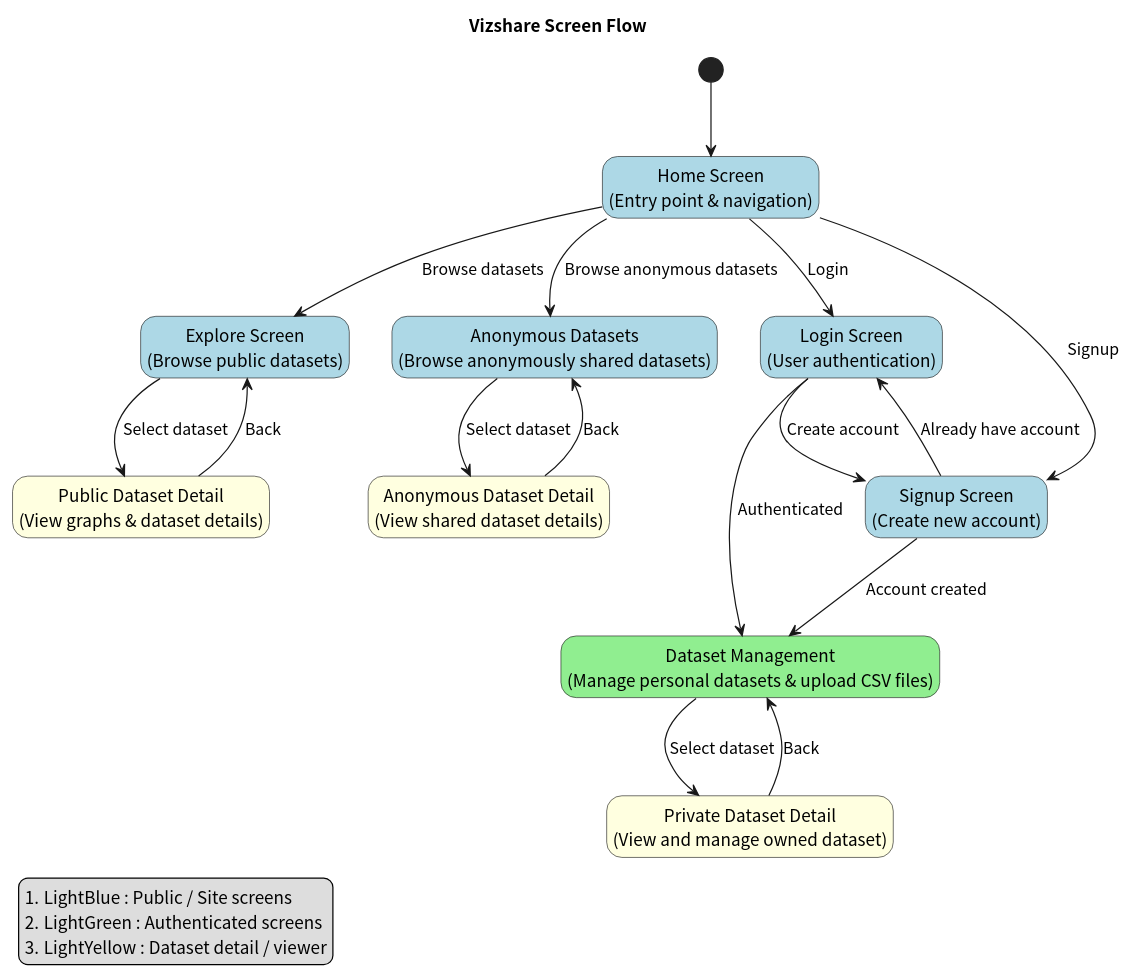
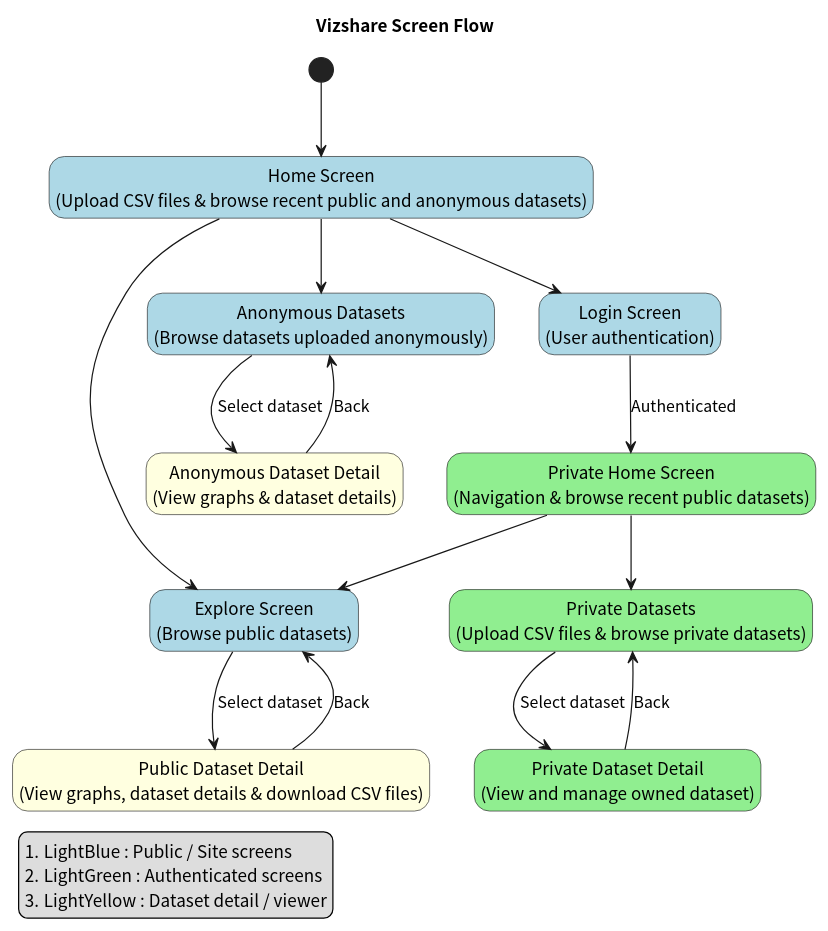
One commit to tomoki-shiozaki/vizshare changed the diagram in docs/screen_flow/screen_flow_diagram.pu. Above: the diagram before and after it, drawn with PlantUML. The commit also changed 1 other file, not shown here.

Commit message:
docs(screen diagram): update screen diagram

```diff
--- a/docs/screen_flow/screen_flow_diagram.pu
+++ b/docs/screen_flow/screen_flow_diagram.pu
@@ -1,79 +1,83 @@
 @startuml screen_flow_vizshare
 skinparam defaultFontName "Noto Sans CJK JP"
 hide empty description
 
 title Vizshare Screen Flow
 
 legend left
 #LightBlue : Public / Site screens
 #LightGreen : Authenticated screens
 #LightYellow : Dataset detail / viewer
 end legend
 
 
 [*] --> home
 
 
 ' =========================
 ' Public Site
 ' =========================
 
-state "Home Screen\n(Entry point & navigation)" as home #LightBlue
+state "Home Screen\n(Upload CSV files & browse recent public and anonymous datasets)" as home #LightBlue
 
 state "Explore Screen\n(Browse public datasets)" as explore #LightBlue
 
-state "Public Dataset Detail\n(View graphs & dataset details)" as publicDatasetView #LightYellow
+state "Public Dataset Detail\n(View graphs, dataset details & download CSV files)" as publicDatasetView #LightYellow
 
-state "Anonymous Datasets\n(Browse anonymously shared datasets)" as anonymousDatasets #LightBlue
+state "Anonymous Datasets\n(Browse datasets uploaded anonymously)" as anonymousDatasets #LightBlue
 
-state "Anonymous Dataset Detail\n(View shared dataset details)" as anonymousDatasetView #LightYellow
+state "Anonymous Dataset Detail\n(View graphs & dataset details)" as anonymousDatasetView #LightYellow
 
 
-home --> explore : Browse datasets
-home --> anonymousDatasets : Browse anonymous datasets
+home --> explore
+
+home --> anonymousDatasets
+
 
 explore --> publicDatasetView : Select dataset
 
 anonymousDatasets --> anonymousDatasetView : Select dataset
 
 
 ' =========================
 ' Authentication
 ' =========================
 
 state "Login Screen\n(User authentication)" as login #LightBlue
 
-state "Signup Screen\n(Create new account)" as signup #LightBlue
 
-home --> login : Login
-home --> signup : Signup
-
-login --> signup : Create account
-signup --> login : Already have account
+home --> login
 
 
 ' =========================
 ' Private Area
 ' =========================
 
-state "Dataset Management\n(Manage personal datasets & upload CSV files)" as datasetManagement #LightGreen
+state "Private Home Screen\n(Navigation & browse recent public datasets)" as privateHome #LightGreen
 
-state "Private Dataset Detail\n(View and manage owned dataset)" as privateDatasetView #LightYellow
+state "Private Datasets\n(Upload CSV files & browse private datasets)" as datasetManagement #LightGreen
 
-login --> datasetManagement : Authenticated
-signup --> datasetManagement : Account created
+state "Private Dataset Detail\n(View and manage owned dataset)" as privateDatasetView #LightGreen
+
+
+login --> privateHome : Authenticated
+
+privateHome --> explore
+
+privateHome --> datasetManagement
+
 
 datasetManagement --> privateDatasetView : Select dataset
 
 
 ' =========================
 ' Shared / Cross Navigation
 ' =========================
 
 publicDatasetView --> explore : Back
 
 anonymousDatasetView --> anonymousDatasets : Back
 
 privateDatasetView --> datasetManagement : Back
 
 @enduml
```
